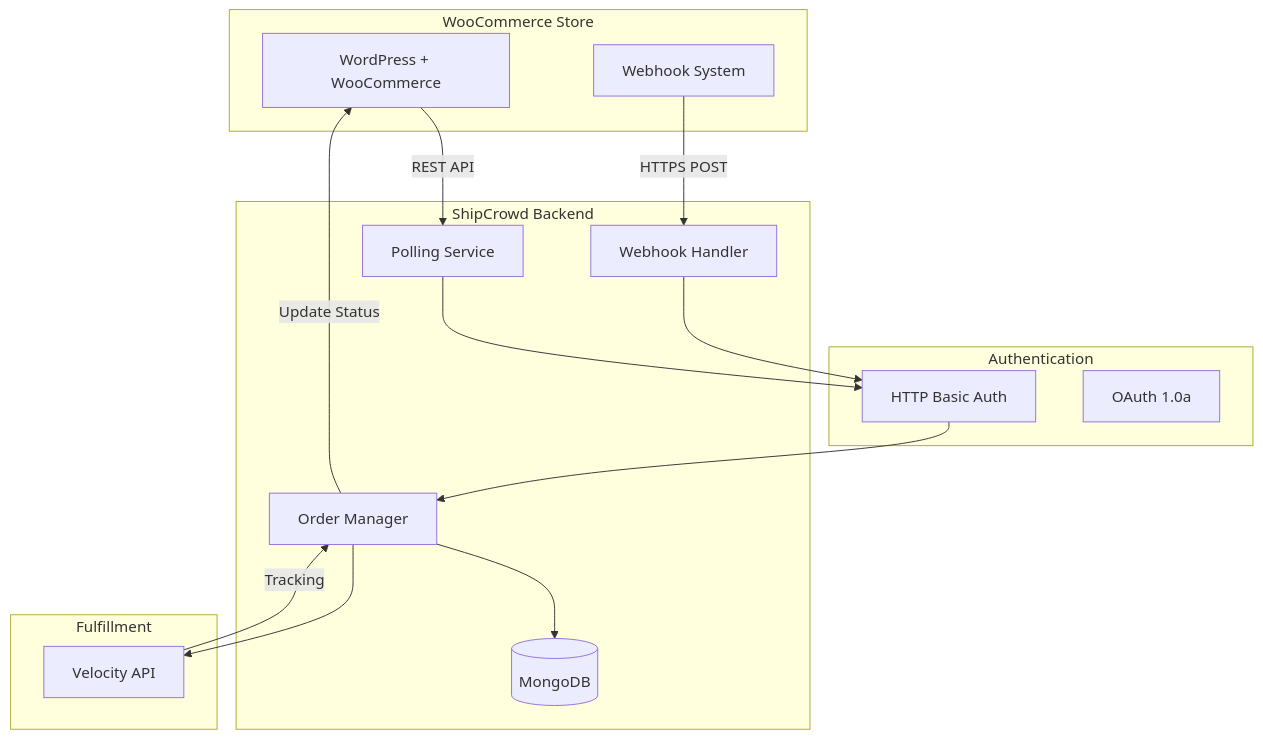
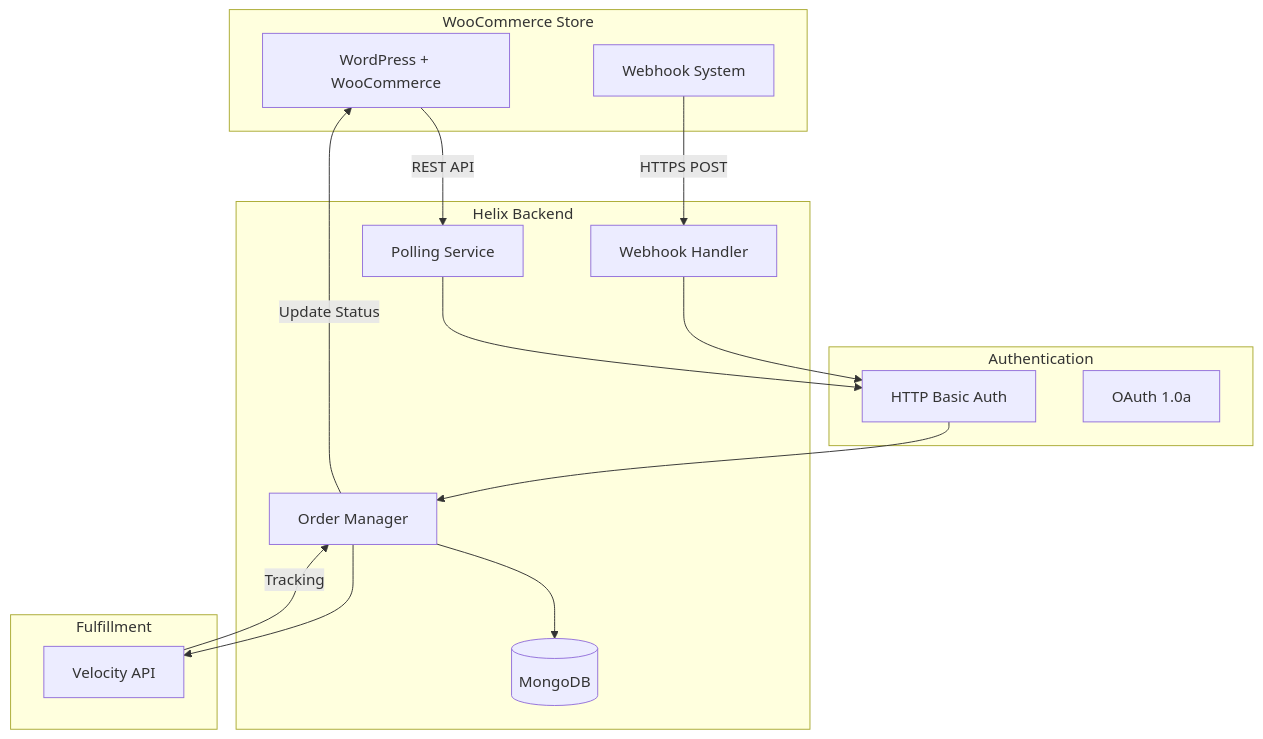
Before and after one commit to dhirajgiri3/Shipcrowd: the diagram in docs/Development/Domains/Integrations/Ecommerce/WooCommerce_APIs.md, drawn with Mermaid. The commit also changed other lines of this file and 279 other files, not shown here.

````diff
--- a/docs/Development/Domains/Integrations/Ecommerce/WooCommerce_APIs.md
+++ b/docs/Development/Domains/Integrations/Ecommerce/WooCommerce_APIs.md
@@ -40,33 +40,33 @@
 ```mermaid
 graph TD
     subgraph WooCommerce ["WooCommerce Store"]
         WP[WordPress + WooCommerce]
         WH[Webhook System]
     end
 
     subgraph Auth ["Authentication"]
         BA[HTTP Basic Auth]
         OA[OAuth 1.0a]
     end
 
-    subgraph ShipCrowd ["ShipCrowd Backend"]
+    subgraph Helix ["Helix Backend"]
         P[Polling Service]
         NH[Webhook Handler]
         OM[Order Manager]
         DB[(MongoDB)]
     end
 
     subgraph Logistics ["Fulfillment"]
         V[Velocity API]
     end
 
     WP -->|REST API| P
     WH -->|HTTPS POST| NH
     P --> BA
     NH --> BA
     BA --> OM
     OM --> DB
     OM --> V
     V -->|Tracking| OM
     OM -->|Update Status| WP
 ```
````
